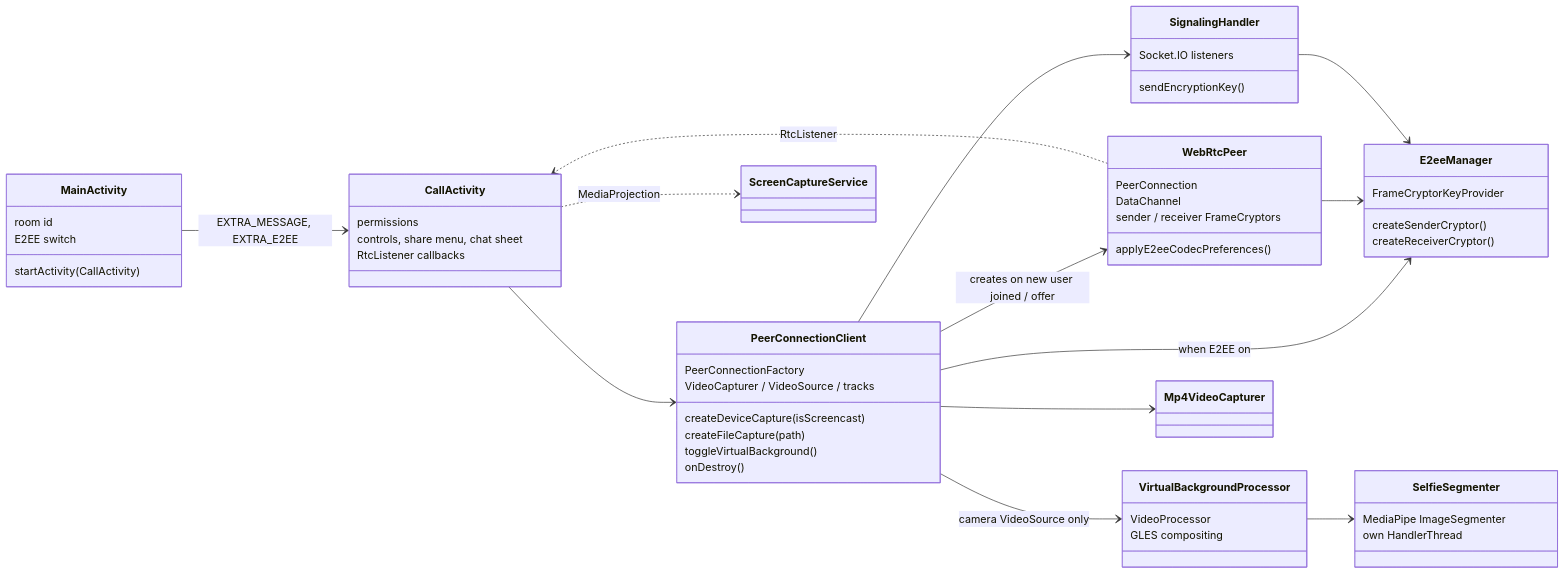
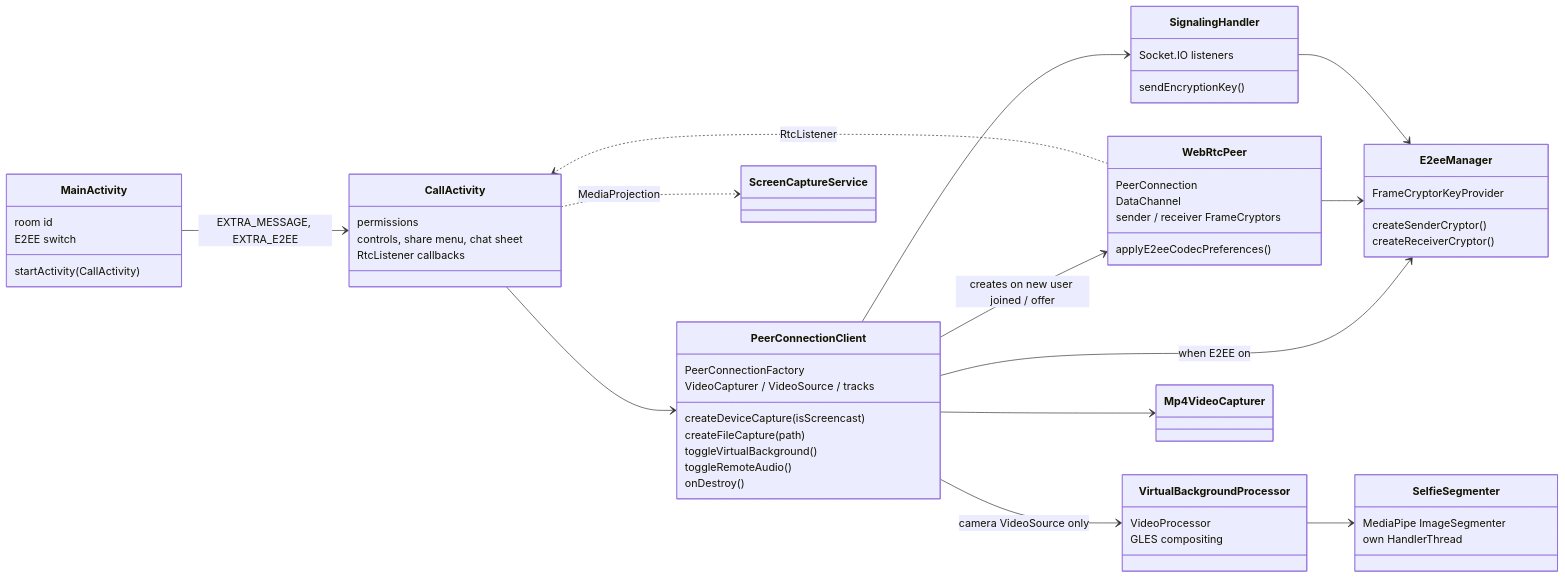
Before and after one commit to maitrungduc1410/WebRTC-Demo: the seventh of 17 diagrams in ARCHITECTURE.md, drawn with Mermaid. The commit also changed other lines of this file and 22 other files, not shown here.

First line of the commit message:
feat: mute remote audio on mobile, fix iOS screen share

````diff
--- a/ARCHITECTURE.md
+++ b/ARCHITECTURE.md
@@ -237,60 +239,61 @@
 ```mermaid
 classDiagram
     direction LR
     class MainActivity {
         room id
         E2EE switch
         startActivity(CallActivity)
     }
     class CallActivity {
         permissions
         controls, share menu, chat sheet
         RtcListener callbacks
     }
     class PeerConnectionClient {
         PeerConnectionFactory
         VideoCapturer / VideoSource / tracks
         createDeviceCapture(isScreencast)
         createFileCapture(path)
         toggleVirtualBackground()
+        toggleRemoteAudio()
         onDestroy()
     }
     class SignalingHandler {
         Socket.IO listeners
         sendEncryptionKey()
     }
     class WebRtcPeer {
         PeerConnection
         DataChannel
         sender / receiver FrameCryptors
         applyE2eeCodecPreferences()
     }
     class E2eeManager {
         FrameCryptorKeyProvider
         createSenderCryptor()
         createReceiverCryptor()
     }
     class VirtualBackgroundProcessor {
         VideoProcessor
         GLES compositing
     }
     class SelfieSegmenter {
         MediaPipe ImageSegmenter
         own HandlerThread
     }
     class Mp4VideoCapturer
     class ScreenCaptureService
 
     MainActivity --> CallActivity : EXTRA_MESSAGE, EXTRA_E2EE
     CallActivity --> PeerConnectionClient
     CallActivity ..> ScreenCaptureService : MediaProjection
     PeerConnectionClient --> SignalingHandler
     PeerConnectionClient --> WebRtcPeer : creates on new user joined / offer
     PeerConnectionClient --> E2eeManager : when E2EE on
     PeerConnectionClient --> VirtualBackgroundProcessor : camera VideoSource only
     PeerConnectionClient --> Mp4VideoCapturer
     VirtualBackgroundProcessor --> SelfieSegmenter
     WebRtcPeer --> E2eeManager
     SignalingHandler --> E2eeManager
     WebRtcPeer ..> CallActivity : RtcListener
 ```
````
